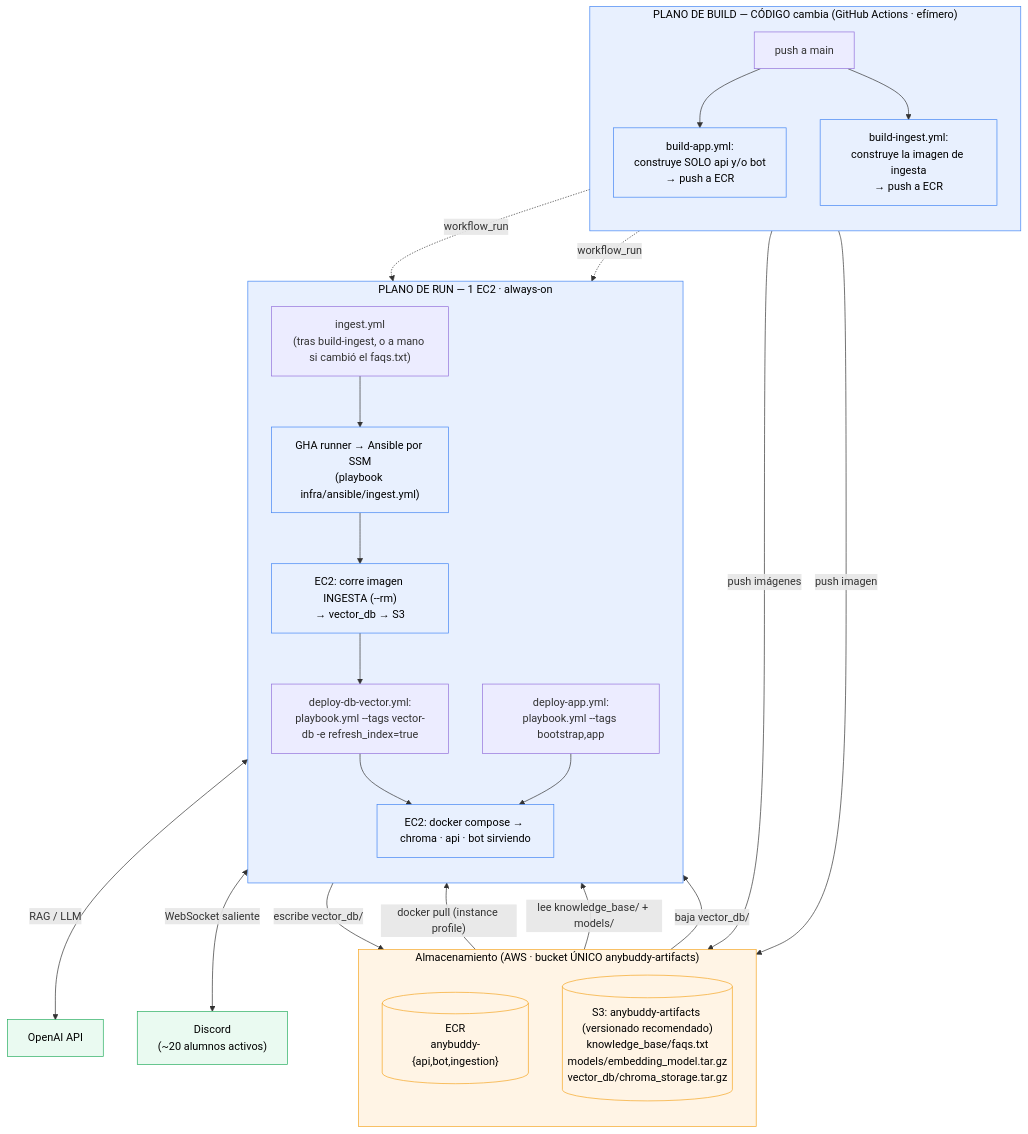
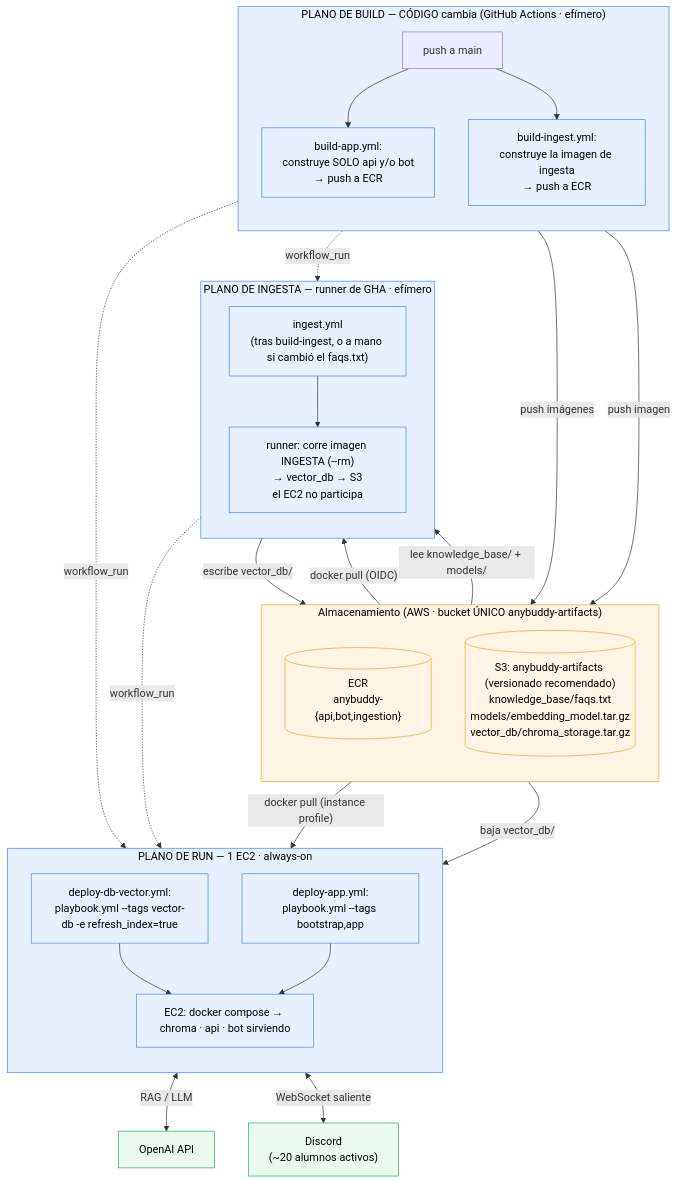
The second of 4 diagrams in ARCHITECTURE.md (kevin-ja/anybuddy), drawn with Mermaid before and after one commit. The commit also changed other lines of this file and 9 other files, not shown here.

First line of the commit message:
Mover la ingesta al runner de GitHub

````diff
--- a/ARCHITECTURE.md
+++ b/ARCHITECTURE.md
@@ -80,51 +87,58 @@
 ```mermaid
 flowchart TB
     subgraph BUILD_PLANE["PLANO DE BUILD — CÓDIGO cambia (GitHub Actions · efímero)"]
         direction TB
         TRG0["push a main"]
         GHA["build-app.yml:<br/>construye SOLO api y/o bot<br/>→ push a ECR"]
         GHB["build-ingest.yml:<br/>construye la imagen de ingesta<br/>→ push a ECR"]
         TRG0 --> GHA
         TRG0 --> GHB
     end
 
     subgraph AWS_STORAGE["Almacenamiento (AWS · bucket ÚNICO anybuddy-artifacts)"]
         direction TB
         ECR[("ECR<br/>anybuddy-{api,bot,ingestion}")]
         S3[("S3: anybuddy-artifacts (versionado recomendado)<br/>knowledge_base/faqs.txt<br/>models/embedding_model.tar.gz<br/>vector_db/chroma_storage.tar.gz")]
     end
 
+    subgraph INGEST_PLANE["PLANO DE INGESTA — runner de GHA · efímero"]
+        direction TB
+        TRG1["ingest.yml<br/>(tras build-ingest, o a mano si cambió el faqs.txt)"]
+        ING["runner: corre imagen INGESTA (--rm)<br/>→ vector_db → S3<br/>el EC2 no participa"]
+        TRG1 --> ING
+    end
+
     subgraph RUN_PLANE["PLANO DE RUN — 1 EC2 · always-on"]
         direction TB
-        TRG1["ingest.yml<br/>(tras build-ingest, o a mano si cambió el faqs.txt)"]
-        EVT["GHA runner → Ansible por SSM<br/>(playbook infra/ansible/ingest.yml)"]
-        EC2["EC2: corre imagen INGESTA (--rm)<br/>→ vector_db → S3"]
         TRG2["deploy-db-vector.yml:<br/>playbook.yml --tags vector-db -e refresh_index=true"]
         TRG3["deploy-app.yml:<br/>playbook.yml --tags bootstrap,app"]
         EC2B["EC2: docker compose → chroma · api · bot sirviendo"]
-        TRG1 --> EVT --> EC2 --> TRG2 --> EC2B
+        TRG2 --> EC2B
         TRG3 --> EC2B
     end
 
     EXT["Discord<br/>(~20 alumnos activos)"]
     OAI["OpenAI API"]
 
     GHA -- "push imágenes" --> ECR
     GHB -- "push imagen" --> ECR
     GHA -. "workflow_run" .-> TRG3
     GHB -. "workflow_run" .-> TRG1
     ECR -- "docker pull (instance profile)" --> EC2B
-    S3 -- "lee knowledge_base/ + models/" --> EC2
-    EC2 -- "escribe vector_db/" --> S3
+    ECR -- "docker pull (OIDC)" --> ING
+    S3 -- "lee knowledge_base/ + models/" --> ING
+    ING -- "escribe vector_db/" --> S3
+    ING -. "workflow_run" .-> TRG2
     S3 -- "baja vector_db/" --> EC2B
     EC2B <-- "RAG / LLM" --> OAI
     EC2B <-- "WebSocket saliente" --> EXT
 
     classDef ci fill:#e8f0fe,stroke:#4285f4,color:#000
     classDef store fill:#fff4e5,stroke:#f5a623,color:#000
     classDef ext fill:#eafaf1,stroke:#27ae60,color:#000
     class BUILD_PLANE,GHA,GHB ci
-    class RUN_PLANE,EVT,EC2,EC2B ci
+    class INGEST_PLANE,TRG1,ING ci
+    class RUN_PLANE,TRG2,TRG3,EC2B ci
     class ECR,S3,AWS_STORAGE store
     class EXT,OAI ext
 ```
````
